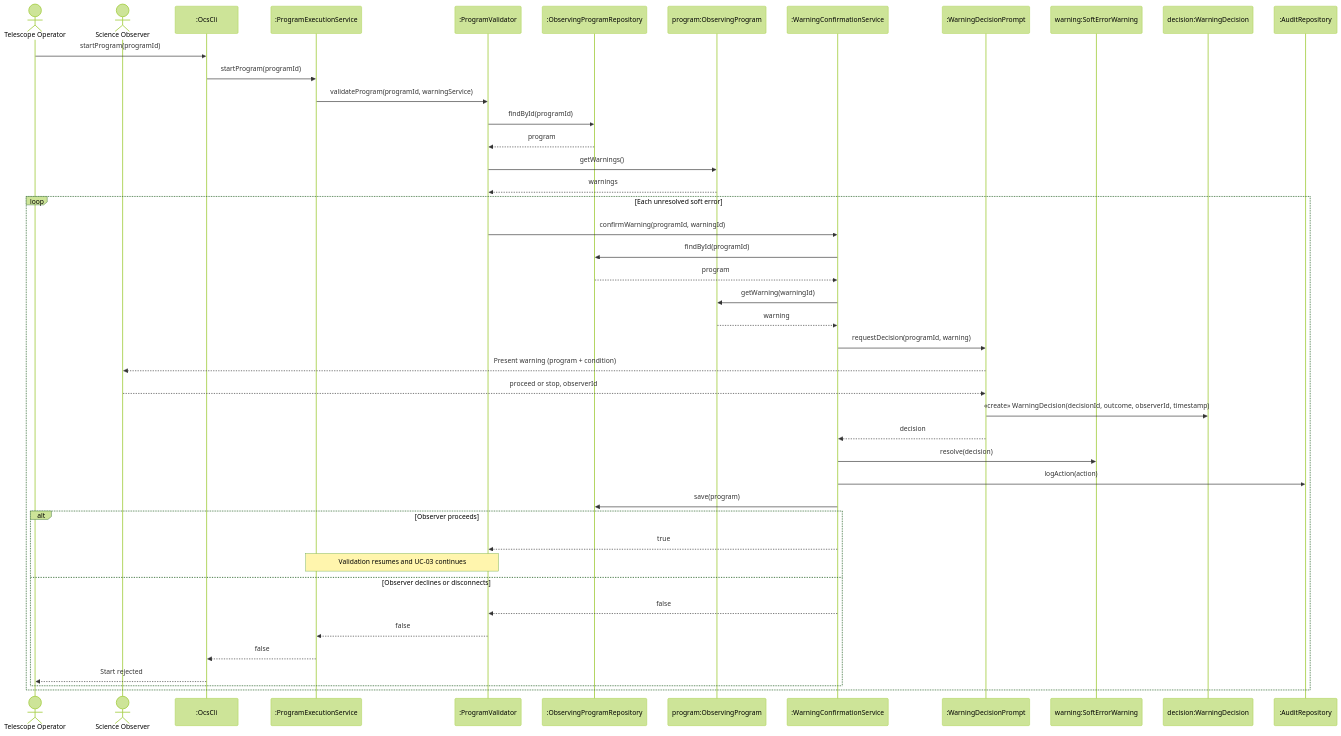
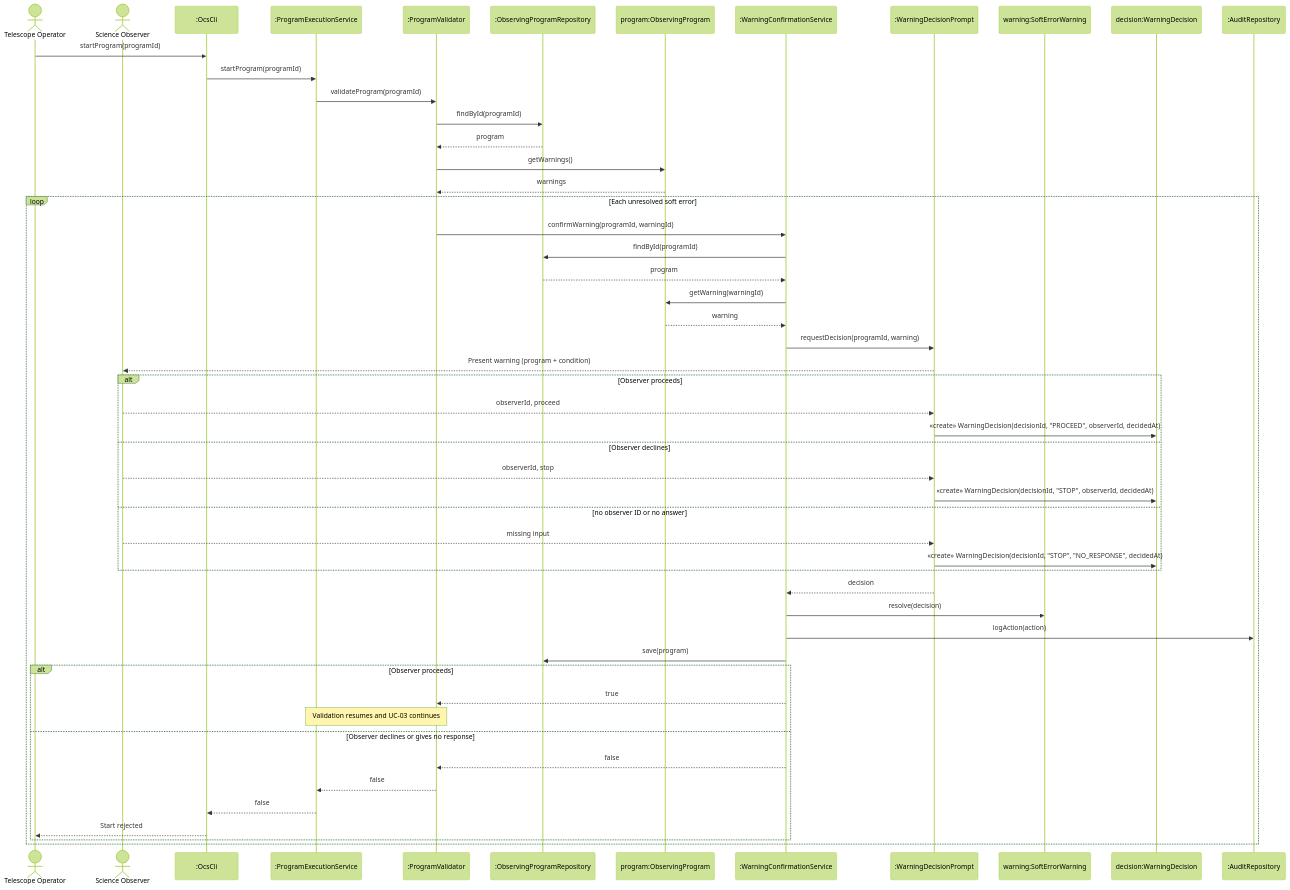
One commit to WRNT-P/SW-design changed the sixth of 6 diagrams in Chicken bomb_D4_Design.md. Above: the diagram before and after it, drawn with Mermaid (forest theme). The commit also changed other lines of this file and 6 other files, not shown here.

````diff
--- a/Chicken bomb_D4_Design.md
+++ b/Chicken bomb_D4_Design.md
@@ -636,47 +654,55 @@
 ```mermaid
 sequenceDiagram
     actor TO as Telescope Operator
     actor SO as Science Observer
     participant CLI as :OcsCli
     participant EXE as :ProgramExecutionService
     participant VAL as :ProgramValidator
     participant REPO as :ObservingProgramRepository
     participant PROG as program:ObservingProgram
     participant WCS as :WarningConfirmationService
     participant PROMPT as :WarningDecisionPrompt
     participant WRN as warning:SoftErrorWarning
     participant DEC as decision:WarningDecision
     participant AUD as :AuditRepository
 
     TO->>CLI: startProgram(programId)
     CLI->>EXE: startProgram(programId)
-    EXE->>VAL: validateProgram(programId, warningService)
+    EXE->>VAL: validateProgram(programId)
     VAL->>REPO: findById(programId)
     REPO-->>VAL: program
     VAL->>PROG: getWarnings()
     PROG-->>VAL: warnings
     loop Each unresolved soft error
         VAL->>WCS: confirmWarning(programId, warningId)
         WCS->>REPO: findById(programId)
         REPO-->>WCS: program
         WCS->>PROG: getWarning(warningId)
         PROG-->>WCS: warning
         WCS->>PROMPT: requestDecision(programId, warning)
         PROMPT-->>SO: Present warning (program + condition)
-        SO-->>PROMPT: proceed or stop, observerId
-        PROMPT->>DEC: «create» WarningDecision(decisionId, outcome, observerId, timestamp)
+        alt Observer proceeds
+            SO-->>PROMPT: observerId, proceed
+            PROMPT->>DEC: «create» WarningDecision(decisionId, "PROCEED", observerId, decidedAt)
+        else Observer declines
+            SO-->>PROMPT: observerId, stop
+            PROMPT->>DEC: «create» WarningDecision(decisionId, "STOP", observerId, decidedAt)
+        else no observer ID or no answer
+            SO-->>PROMPT: missing input
+            PROMPT->>DEC: «create» WarningDecision(decisionId, "STOP", "NO_RESPONSE", decidedAt)
+        end
         PROMPT-->>WCS: decision
         WCS->>WRN: resolve(decision)
         WCS->>AUD: logAction(action)
         WCS->>REPO: save(program)
         alt Observer proceeds
             WCS-->>VAL: true
             Note over VAL,EXE: Validation resumes and UC-03 continues
-        else Observer declines or disconnects
+        else Observer declines or gives no response
             WCS-->>VAL: false
             VAL-->>EXE: false
             EXE-->>CLI: false
             CLI-->>TO: Start rejected
         end
     end
 ```
````
